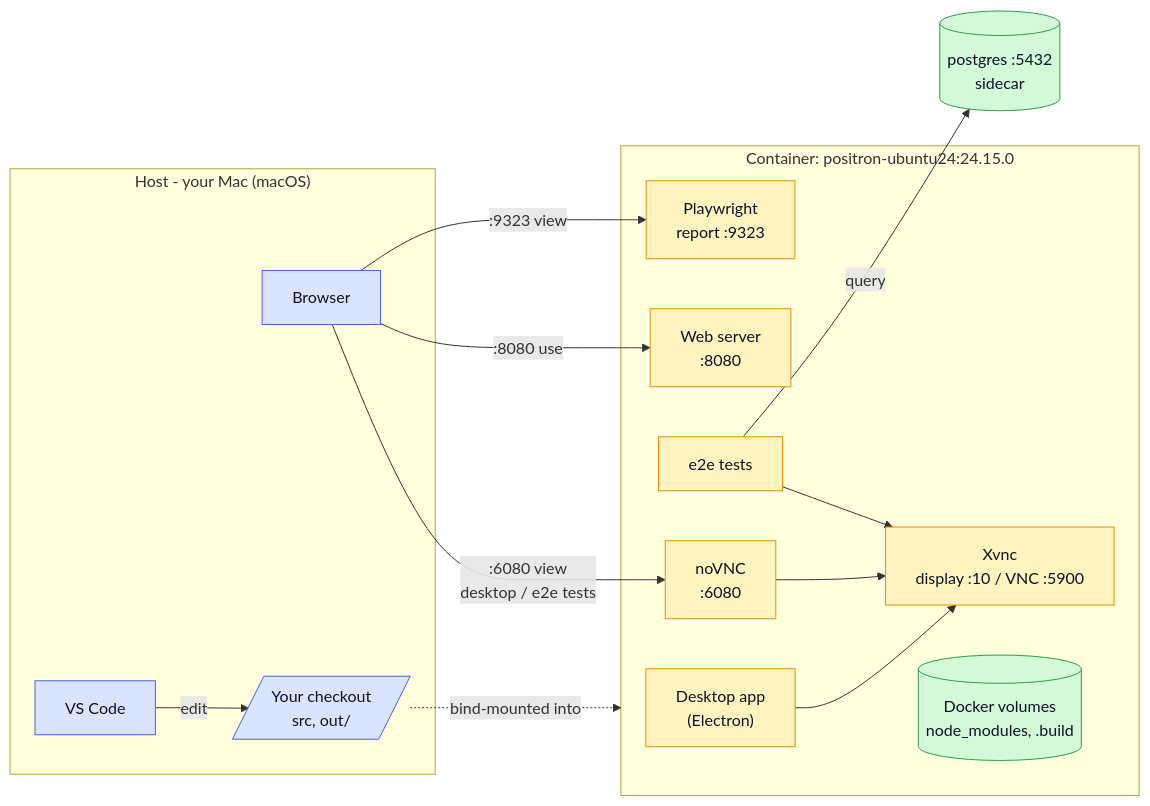
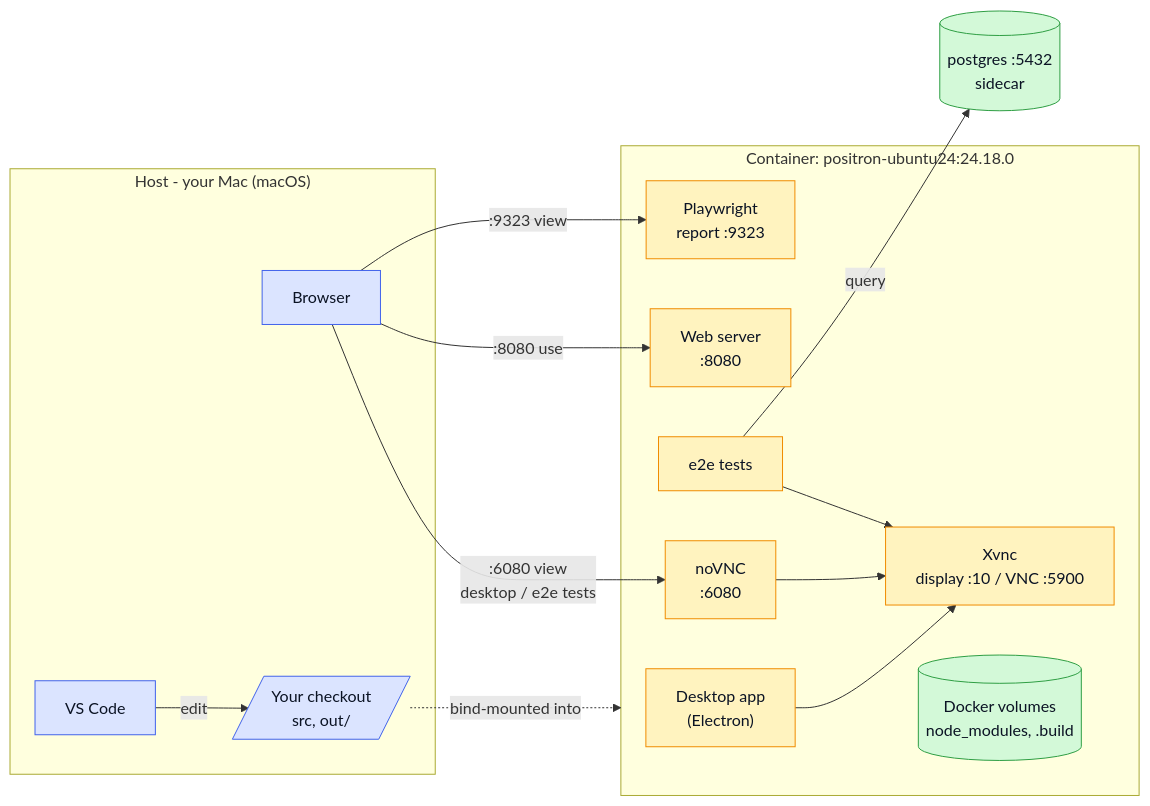
One commit to posit-dev/positron changed the diagram in .devcontainer/ci-arm/README.md. Above: the diagram before and after it, drawn with Mermaid. The commit also changed other lines of this file and 1 other file, not shown here.

Commit message:
ci-arm: move the lab images to 24.18.0 to match CI
The workflows run on positron-ubuntu24:24.18.0 and positron-postgres:24.18.0,
but the dev container still pinned 24.15.0. That image carries Node 24.15.0,
which the repo's .nvmrc rejects, so npm ci fails inside the lab.

````diff
--- a/.devcontainer/ci-arm/README.md
+++ b/.devcontainer/ci-arm/README.md
@@ -240,36 +240,36 @@
 ```mermaid
 flowchart LR
     subgraph host["Host - your Mac (macOS)"]
         code["VS Code"]
         web["Browser"]
         src[/"Your checkout<br/>src, out/"/]
     end
-    subgraph ctr["Container: positron-ubuntu24:24.15.0"]
+    subgraph ctr["Container: positron-ubuntu24:24.18.0"]
         desk["Desktop app<br/>(Electron)"]
         srv["Web server<br/>:8080"]
         e2e["e2e tests"]
         nov["noVNC<br/>:6080"]
         xvnc["Xvnc<br/>display :10 / VNC :5900"]
         rep["Playwright<br/>report :9323"]
         vols[("Docker volumes<br/>node_modules, .build")]
     end
     pg[("postgres :5432<br/>sidecar")]
 
     code -->|edit| src
     src -. bind-mounted into .-> ctr
     desk --> xvnc
     e2e --> xvnc
     nov --> xvnc
     web -->|":6080 view<br/>desktop / e2e tests"| nov
     web -->|":8080 use"| srv
     web -->|":9323 view"| rep
     e2e -->|query| pg
 
     classDef hostcls fill:#dbe4ff,stroke:#4263eb,color:#0b1324
     classDef contcls fill:#fff3bf,stroke:#f08c00,color:#0b1324
     classDef storcls fill:#d3f9d8,stroke:#2f9e44,color:#0b1324
     class code,web hostcls
     class desk,srv,e2e,nov,xvnc,rep contcls
     class src hostcls
     class vols,pg storcls
 ```
````
